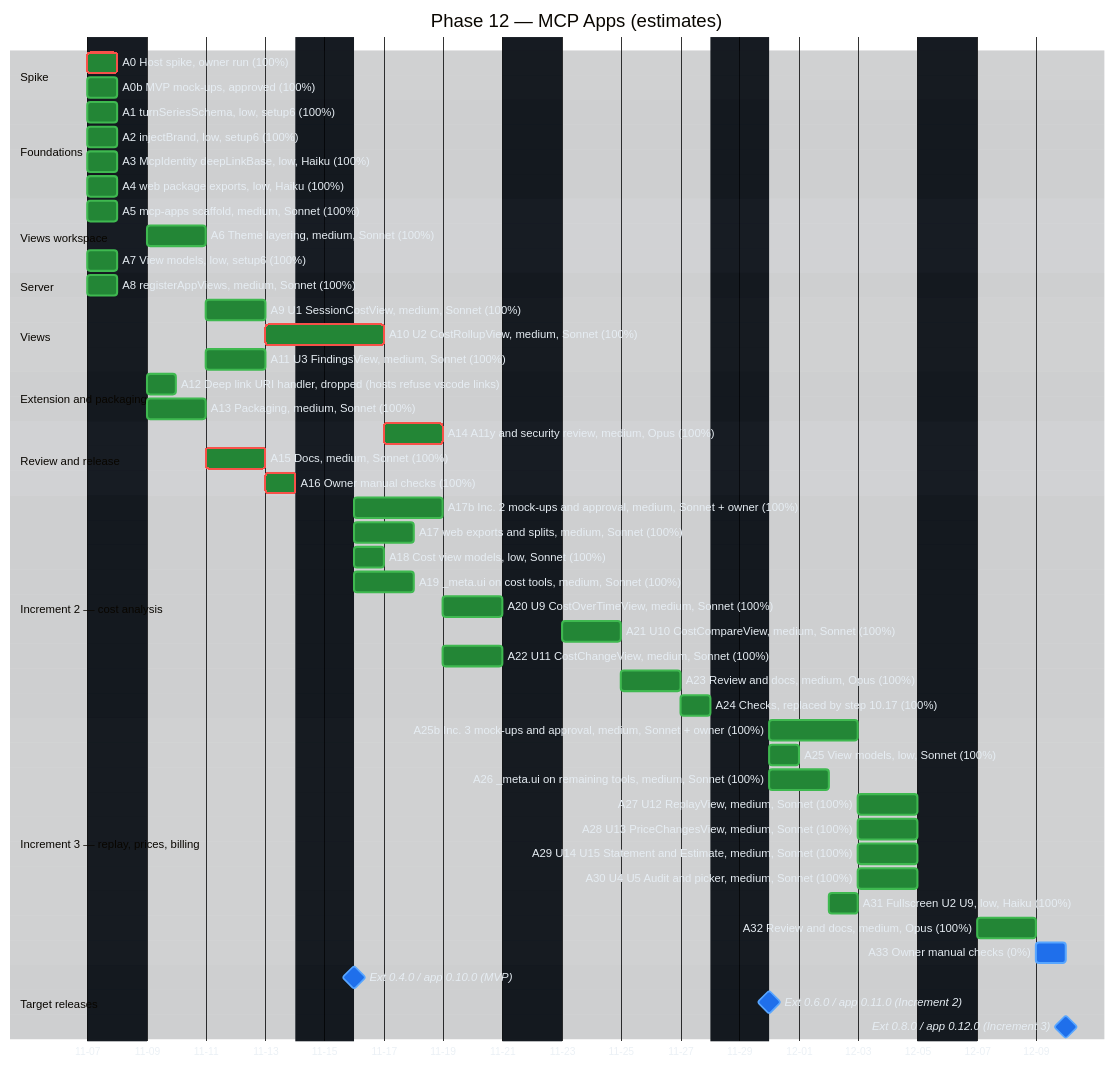
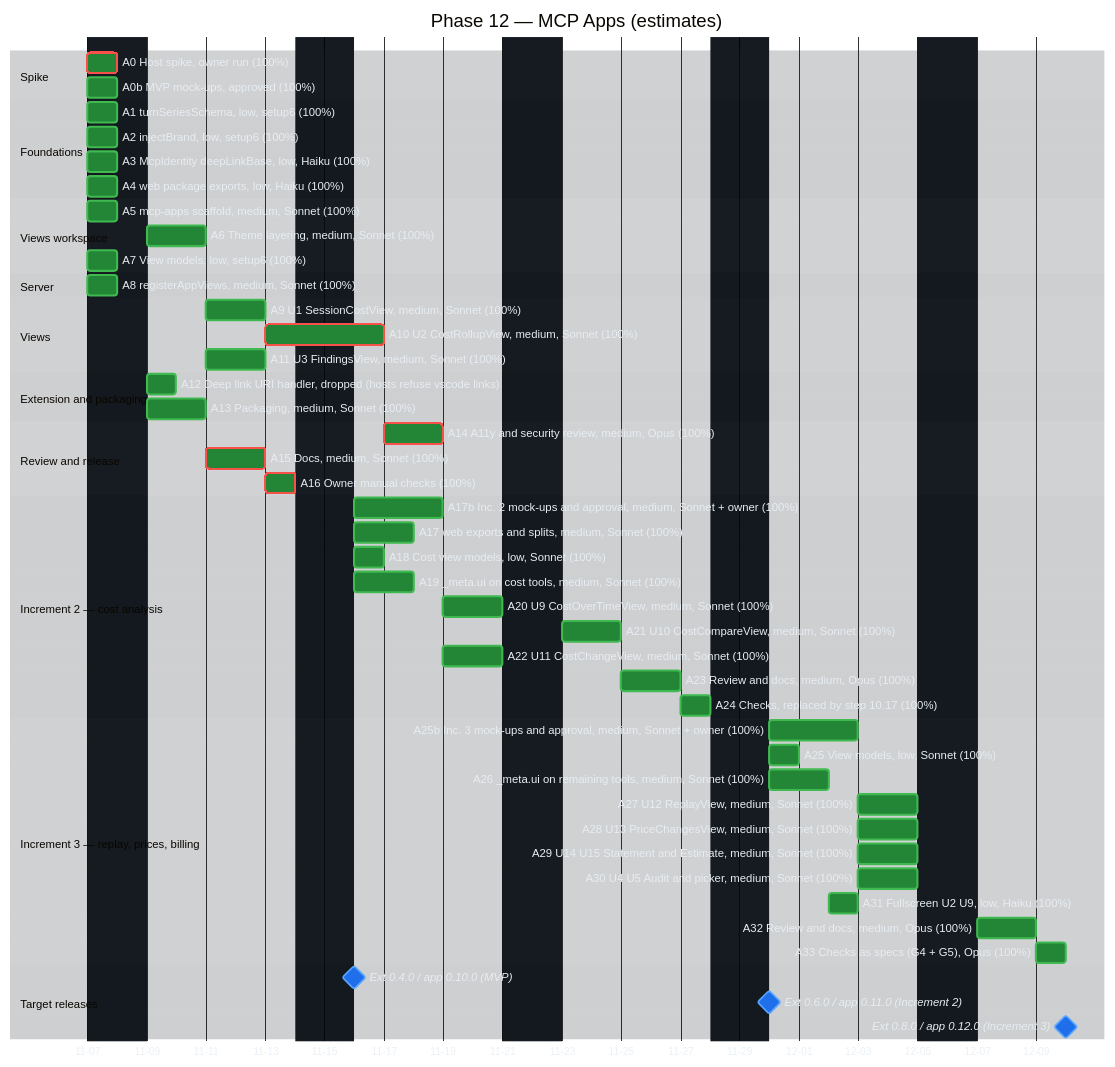
Before and after one commit to raulkivi/agent-cost-analyzer: the second of 2 diagrams in docs/implementation-plan-gantt.md, drawn with Mermaid. The commit also changed other lines of this file, not shown here.

Commit message:
Merge origin/main into A33 (#222 merged); Gantt: Phase 12 tasks 36 of 36

```diff
--- a/docs/implementation-plan-gantt.md
+++ b/docs/implementation-plan-gantt.md
@@ -213,7 +213,7 @@
     A30 U4 U5 Audit and picker, medium, Sonnet (100%) :done, a30, after a25b a26, 2d
     A31 Fullscreen U2 U9, low, Haiku (100%) :done, a31, after a26, 1d
     A32 Review and docs, medium, Opus (100%) :done, a32, after a27 a28 a29 a30 a31, 2d
-    A33 Owner manual checks (0%)                 :a33, after a32, 1d
+    A33 Checks as specs (G4 + G5), Opus (100%)   :done, a33, after a32, 1d
 
     section Target releases
     Ext 0.4.0 / app 0.10.0 (MVP) :milestone, m12a, after a16, 0d
```
